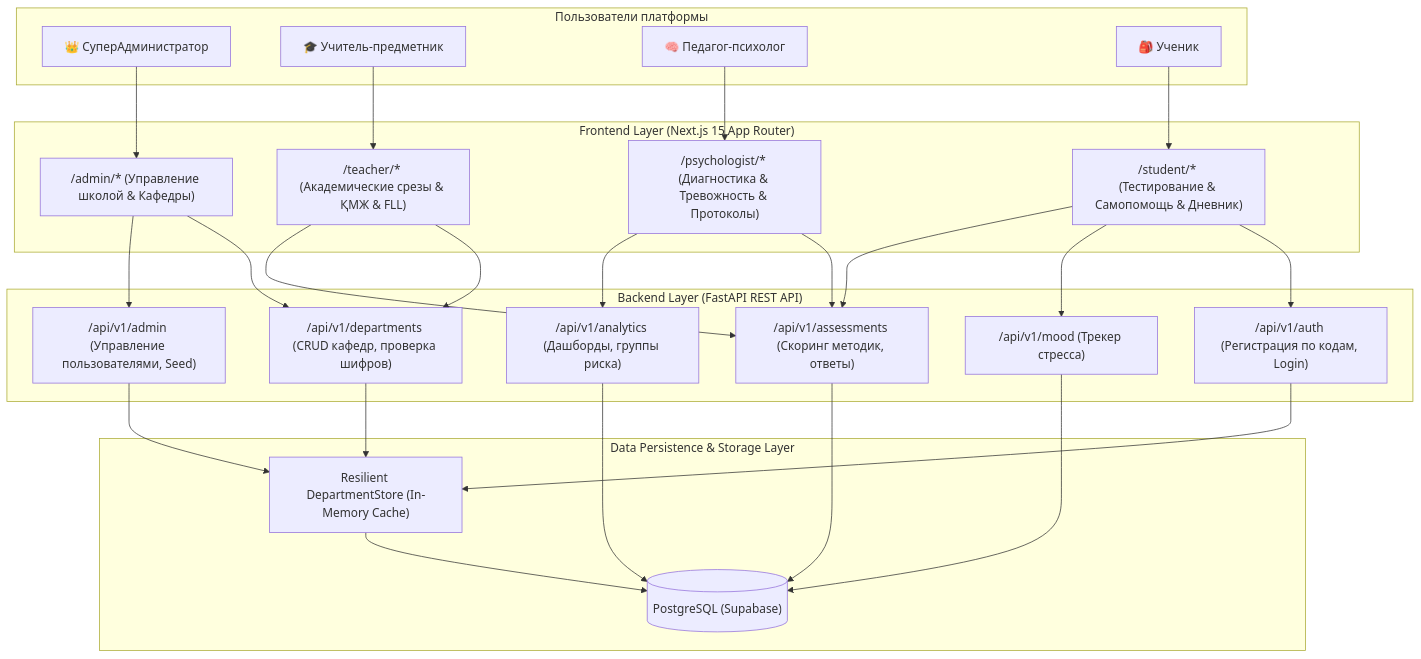
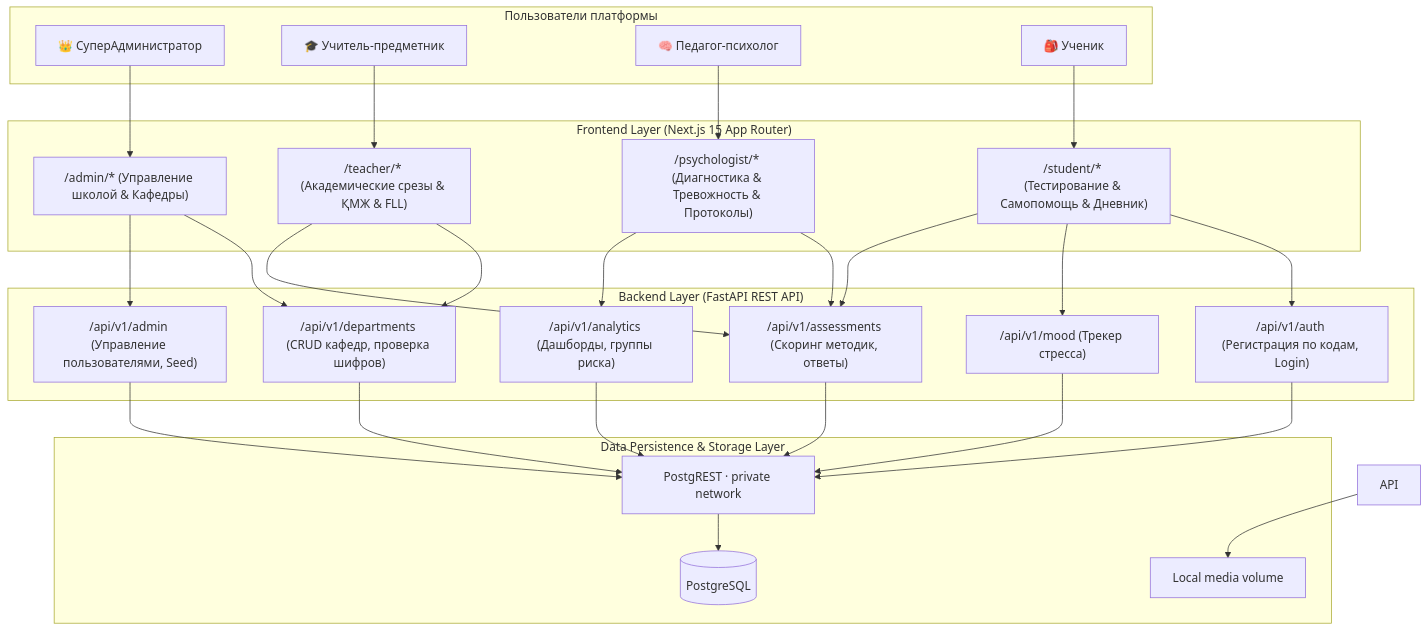
The second of 2 diagrams in README.md (kl1lng/Psychology), drawn with Mermaid before and after one commit. The commit also changed other lines of this file and 118 other files, not shown here.

````diff
--- a/README.md
+++ b/README.md
@@ -106,39 +118,41 @@
 ```mermaid
 flowchart TB
     subgraph Users [" Пользователи платформы "]
         SA[👑 СуперАдминистратор]
         TC[🎓 Учитель-предметник]
         PS[🧠 Педагог-психолог]
         ST[🎒 Ученик]
     end
 
     subgraph Frontend [" Frontend Layer (Next.js 15 App Router) "]
         AL["/admin/* (Управление школой & Кафедры)"]
         TL["/teacher/* (Академические срезы & ҚМЖ & FLL)"]
         PL["/psychologist/* (Диагностика & Тревожность & Протоколы)"]
         SL["/student/* (Тестирование & Самопомощь & Дневник)"]
     end
 
     subgraph Backend [" Backend Layer (FastAPI REST API) "]
         AuthRouter["/api/v1/auth (Регистрация по кодам, Login)"]
         AdminRouter["/api/v1/admin (Управление пользователями, Seed)"]
         DeptRouter["/api/v1/departments (CRUD кафедр, проверка шифров)"]
         AssessRouter["/api/v1/assessments (Скоринг методик, ответы)"]
         AnalyticsRouter["/api/v1/analytics (Дашборды, группы риска)"]
         MoodRouter["/api/v1/mood (Трекер стресса)"]
     end
 
     subgraph Storage [" Data Persistence & Storage Layer "]
-        SupabaseDB[("PostgreSQL (Supabase)")]
-        LocalStore["Resilient DepartmentStore (In-Memory Cache)"]
+        PostgresDB[("PostgreSQL")]
+        PostgREST["PostgREST · private network"]
+        Media["Local media volume"]
     end
 
     SA --> AL --> AdminRouter & DeptRouter
     TC --> TL --> AssessRouter & DeptRouter
     PS --> PL --> AnalyticsRouter & AssessRouter
     ST --> SL --> AssessRouter & MoodRouter & AuthRouter
 
-    AuthRouter & AdminRouter & DeptRouter --> LocalStore
-    LocalStore --> SupabaseDB
-    AssessRouter & AnalyticsRouter & MoodRouter --> SupabaseDB
+    AuthRouter & AdminRouter & DeptRouter --> PostgREST
+    PostgREST --> PostgresDB
+    AssessRouter & AnalyticsRouter & MoodRouter --> PostgREST
+    API --> Media
 ```
````
